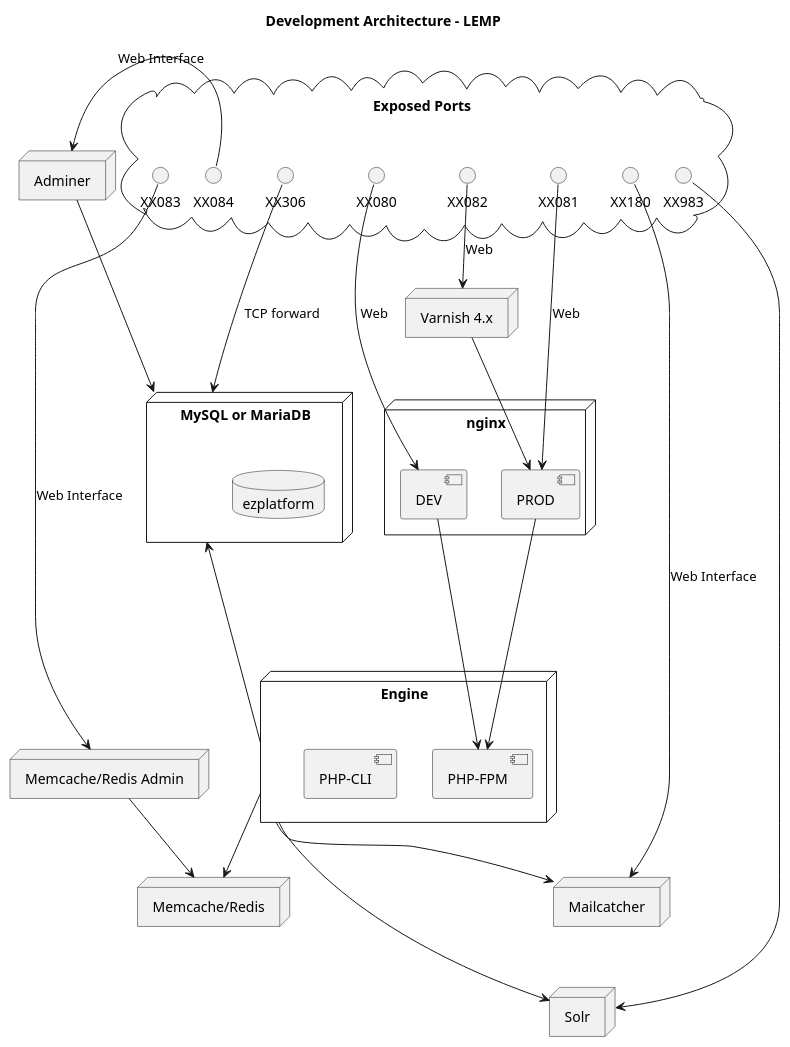
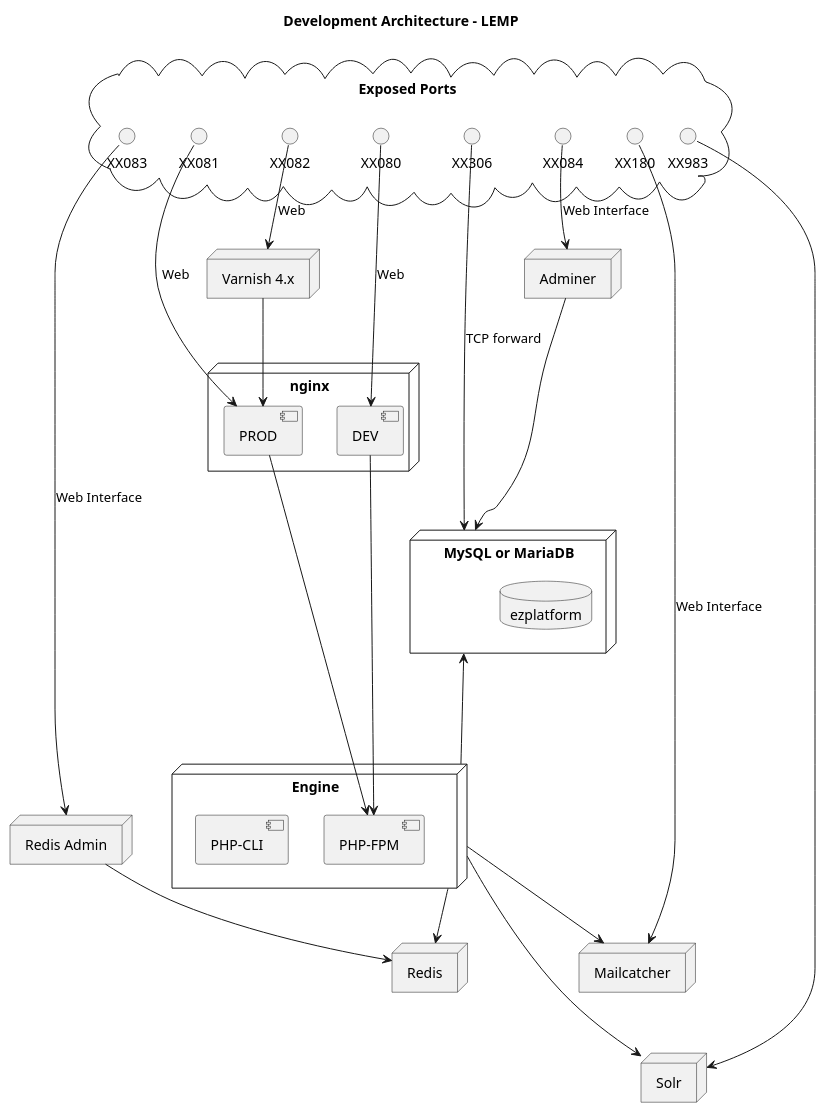
One commit to ezsystems/launchpad changed the diagram in docs/LEMP_architecture.puml. Above: the diagram before and after it, drawn with PlantUML. The commit also changed 19 other files, not shown here.

Commit message:
Move from Memcache to Redis and 2.x by default

```diff
--- a/docs/LEMP_architecture.puml
+++ b/docs/LEMP_architecture.puml
@@ -1,71 +1,71 @@
 @startuml
 
 title "Development Architecture - LEMP"
 
 cloud "Exposed Ports" {
     () XX080 as SymfonyDevModePort
     () XX081 as SymfonyProdModePort
     () XX082 as SymfonyProdModeVarnishPort
 
-    () XX083 as MemcacheAdminPort
+    () XX083 as RedisAdminPort
     () XX983 as SorlPort
     () XX084 as DatabaseAdminPort
     () XX306 as DatabaseEnginePort
     () XX180 as MailcatcherPort
 }
 
 node "nginx" {
     [PROD]
     [DEV]
     }
 
 node "Engine" as engine {
     [PHP-FPM] as PhpFPM
     [PHP-CLI] as PhpCli
 }
 
 node "MySQL or MariaDB" as db {
     database "ezplatform" as StandardDB
 }
 
-node "Memcache/Redis" as appcache {
+node "Redis" as appcache {
 }
 
 node "Varnish 4.x" as varnish {
 }
 
-node "Memcache/Redis Admin" as memcacheadmin {
+node "Redis Admin" as redisadmin {
 }
 
 node "Mailcatcher" as mailcatcher {
 }
 
 node "Adminer" as dbadmin {
 }
 
 node "Solr" as solr {
 }
 
-MemcacheAdminPort -> memcacheadmin: Web Interface
+RedisAdminPort -> redisadmin: Web Interface
 DatabaseEnginePort ---> db: TCP forward
 MailcatcherPort -> mailcatcher: Web Interface
-DatabaseAdminPort -> dbadmin: Web Interface
+DatabaseAdminPort --> dbadmin: Web Interface
 SorlPort -> solr
 
 SymfonyDevModePort --> DEV: Web
 SymfonyProdModePort --> PROD: Web
 SymfonyProdModeVarnishPort --> varnish: Web
 varnish --> PROD
 
 DEV --> PhpFPM
 PROD --> PhpFPM
 
 engine -up--> db
 engine --> appcache
 engine --> mailcatcher
 engine ---> solr
 
-memcacheadmin --> appcache
-dbadmin --> db
+redisadmin --> appcache
+dbadmin ---> db
 
 @enduml
```
